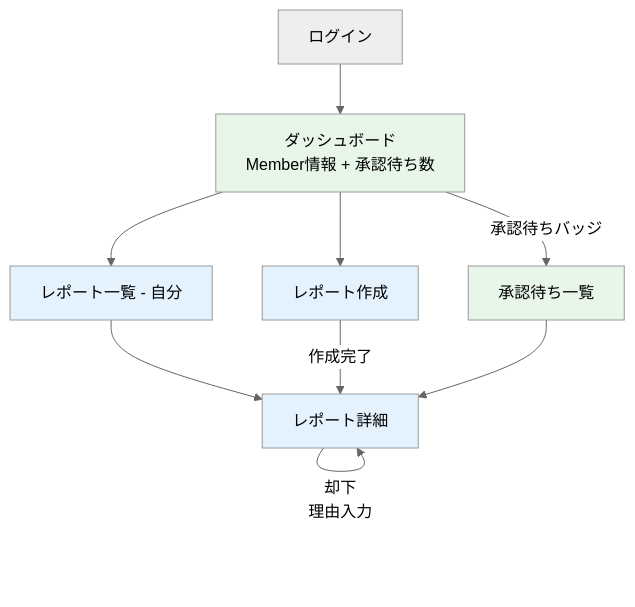
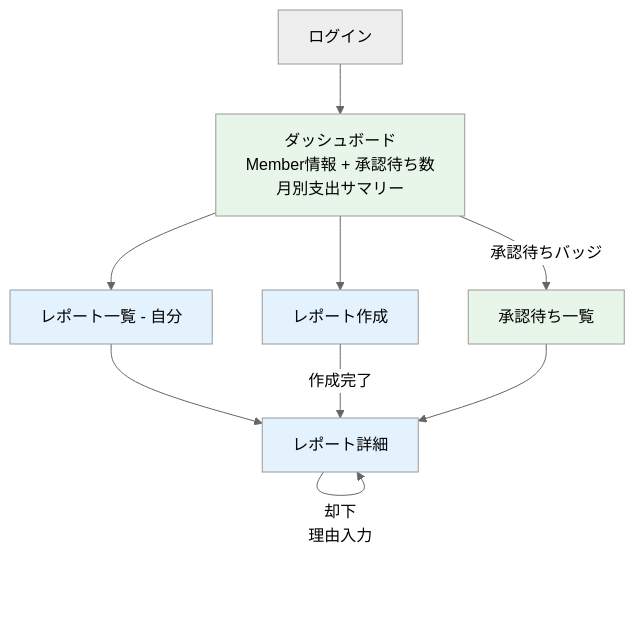
Before and after one commit to atsuro128/dev-journal: the third of 8 diagrams in deliverables/docs/40_basic_design/ui_flow.md, drawn with Mermaid (neutral theme). The commit also changed other lines of this file and 5 other files, not shown here.

````diff
--- a/deliverables/docs/40_basic_design/ui_flow.md
+++ b/deliverables/docs/40_basic_design/ui_flow.md
@@ -137,23 +137,23 @@
 ```mermaid
 graph TD
-    AUTH002[ログイン] --> DASH001[ダッシュボード<br/>Member情報 + 承認待ち数]
+    AUTH002[ログイン] --> DASH001[ダッシュボード<br/>Member情報 + 承認待ち数<br/>月別支出サマリー]
 
     %% Member としての操作
     DASH001 --> RPT001[レポート一覧 - 自分]
     DASH001 --> RPT002[レポート作成]
     RPT001 --> RPT004[レポート詳細]
     RPT002 -->|作成完了| RPT004
 
     %% 承認者としての操作
     DASH001 -->|承認待ちバッジ| WFL001[承認待ち一覧]
     WFL001 --> RPT004
 
     RPT004 -->|承認| RPT004
     RPT004 -->|却下<br/>理由入力| RPT004
 
     style DASH001 fill:#e8f5e9
     style WFL001 fill:#e8f5e9
     style RPT001 fill:#e3f2fd
     style RPT002 fill:#e3f2fd
     style RPT004 fill:#e3f2fd
 ```
````
